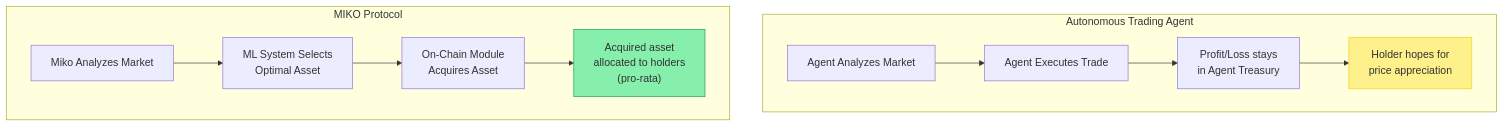
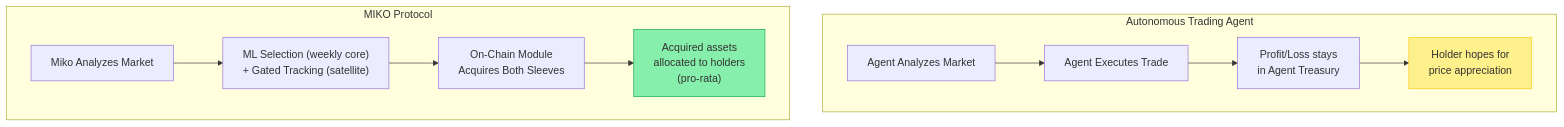
One commit to Miko-Protocol/docs changed the second of 2 diagrams in docs/ecosystem/competitive-landscape.md. Above: the diagram before and after it, drawn with Mermaid. The commit also changed other lines of this file and 18 other files, not shown here.

````diff
--- a/docs/ecosystem/competitive-landscape.md
+++ b/docs/ecosystem/competitive-landscape.md
@@ -89,15 +90,15 @@
 ```mermaid
 graph TD
     subgraph "Autonomous Trading Agent"
         T1["Agent Analyzes Market"] --> T2["Agent Executes Trade"]
         T2 --> T3["Profit/Loss stays<br/>in Agent Treasury"]
         T3 --> T4["Holder hopes for<br/>price appreciation"]
     end
     subgraph "MIKO Protocol"
-        M1["Miko Analyzes Market"] --> M2["ML System Selects<br/>Optimal Asset"]
-        M2 --> M3["On-Chain Module<br/>Acquires Asset"]
-        M3 --> M4["Acquired asset<br/>allocated to holders<br/>(pro-rata)"]
+        M1["Miko Analyzes Market"] --> M2["ML Selection (weekly core)<br/>+ Gated Tracking (satellite)"]
+        M2 --> M3["On-Chain Module<br/>Acquires Both Sleeves"]
+        M3 --> M4["Acquired assets<br/>allocated to holders<br/>(pro-rata)"]
     end
     style T4 fill:#fef08a,stroke:#facc15
     style M4 fill:#86efac,stroke:#16a34a
 ```
````
